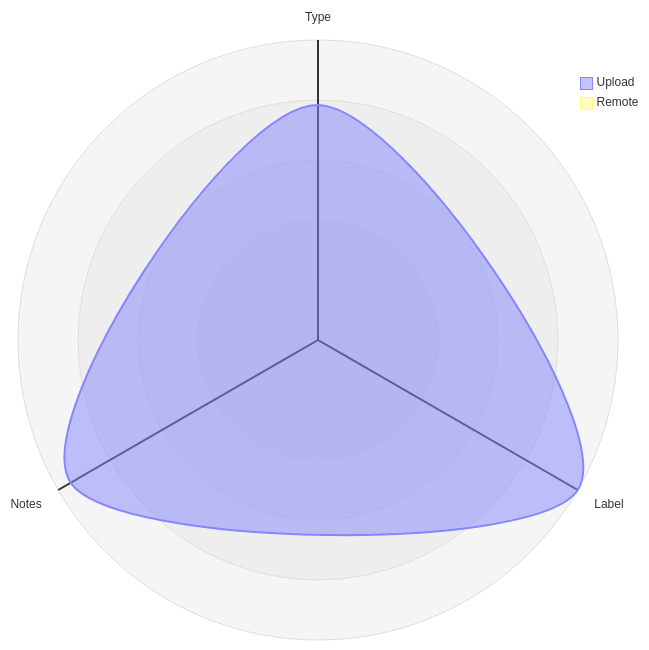
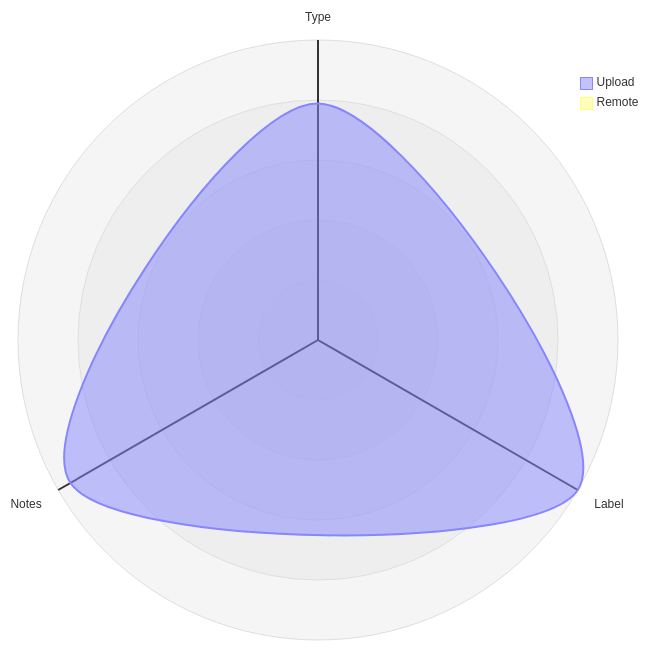
The third of 5 diagrams in datastore_tracker/README.md (open-data/analytics-corporate-reporting), drawn with Mermaid before and after one commit. The commit also changed other lines of this file and 6 other files, not shown here.

````diff
--- a/datastore_tracker/README.md
+++ b/datastore_tracker/README.md
@@ -104,12 +105,12 @@
 ```mermaid
 radar-beta
   axis T["Type"], L["Label"], N["Notes"]
-  curve u["Upload"]{0.00065, 0.00083, 0.00079}
+  curve u["Upload"]{0.00067, 0.00085, 0.00081}
   curve r["Remote"]{0, 0, 0}
 
   showLegend true
 
   min 0
   graticule circle
   ticks 5
 ```
````
